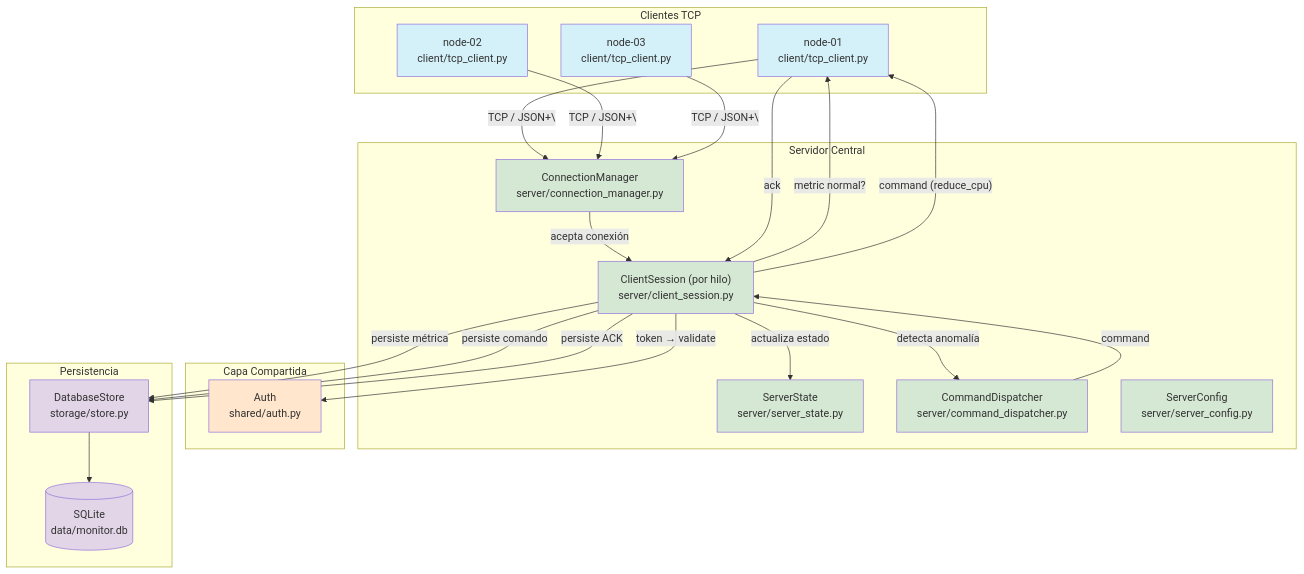
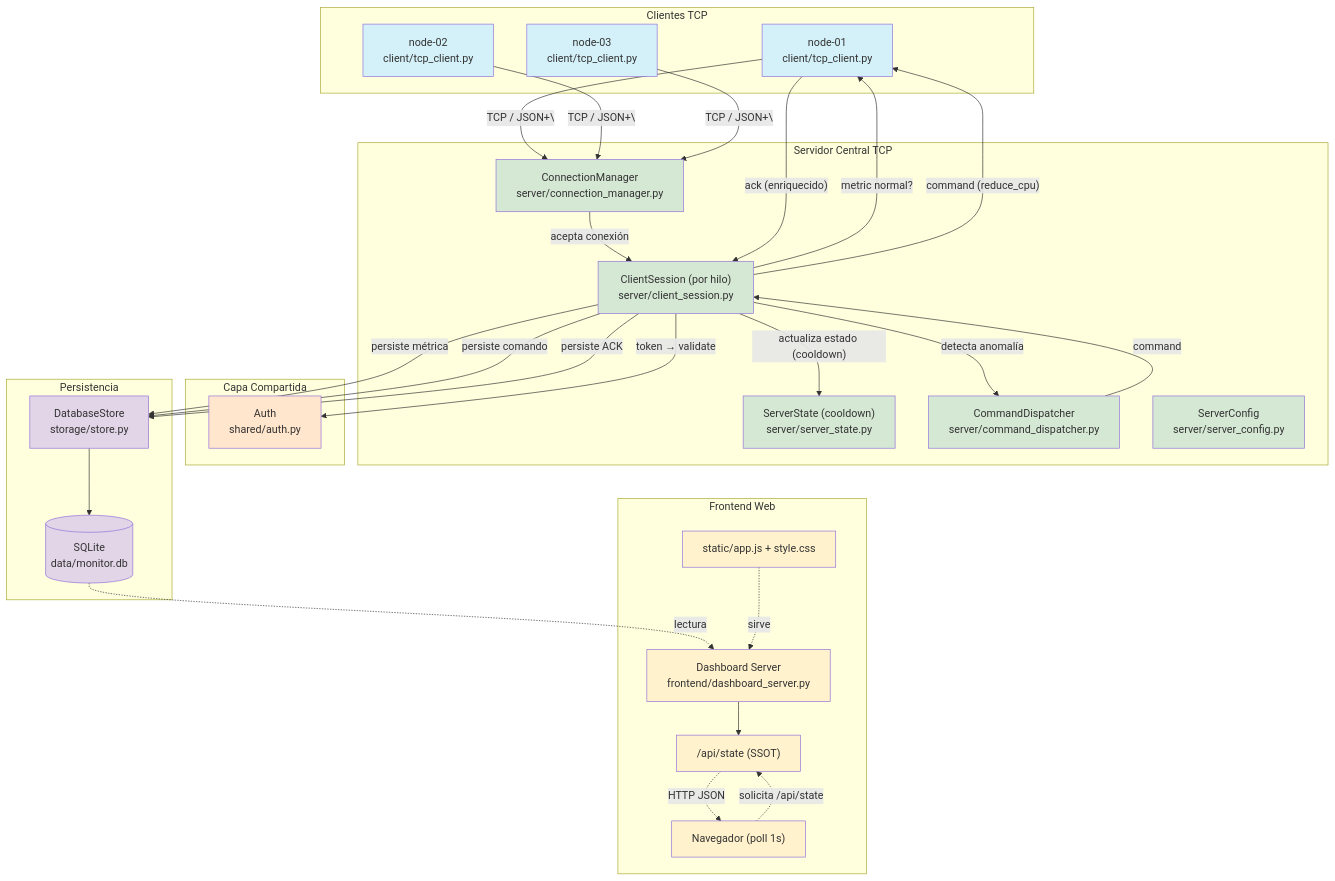
The first of 3 diagrams in docs/architecture.md (JorshSlimming/sistema-monitoreo-remoto-servidores-simulados), drawn with Mermaid before and after one commit. The commit also changed other lines of this file and 25 other files, not shown here.

Commit message:
mitigación, frontend y documentación: demo completa con Makefile, evidencia y dashboard en tiempo real

````diff
--- a/docs/architecture.md
+++ b/docs/architecture.md
@@ -3,54 +3,71 @@
 ```mermaid
 flowchart TB
     subgraph Clientes["Clientes TCP"]
         N1["node-01<br/>client/tcp_client.py"]
         N2["node-02<br/>client/tcp_client.py"]
         N3["node-03<br/>client/tcp_client.py"]
     end
 
-    subgraph Servidor["Servidor Central"]
+    subgraph ServidorTCP["Servidor Central TCP"]
         CM["ConnectionManager<br/>server/connection_manager.py"]
         CS["ClientSession (por hilo)<br/>server/client_session.py"]
-        SS["ServerState<br/>server/server_state.py"]
+        SS["ServerState (cooldown)<br/>server/server_state.py"]
         CD["CommandDispatcher<br/>server/command_dispatcher.py"]
         SC["ServerConfig<br/>server/server_config.py"]
     end
 
     subgraph Shared["Capa Compartida"]
         AUTH["Auth<br/>shared/auth.py"]
     end
 
     subgraph Persistencia["Persistencia"]
         DB["DatabaseStore<br/>storage/store.py"]
         SQLITE[("SQLite<br/>data/monitor.db")]
     end
 
+    subgraph Frontend["Frontend Web"]
+        DASH["Dashboard Server<br/>frontend/dashboard_server.py"]
+        API["/api/state (SSOT)"]
+        STATIC["static/app.js + style.css"]
+        BROWSER["Navegador (poll 1s)"]
+    end
+
     N1 -- "TCP / JSON+\\n" --> CM
     N2 -- "TCP / JSON+\\n" --> CM
     N3 -- "TCP / JSON+\\n" --> CM
 
     CM -- "acepta conexión" --> CS
     CS -- "token → validate" --> AUTH
-    CS -- "actualiza estado" --> SS
+    CS -- "actualiza estado (cooldown)" --> SS
     CS -- "detecta anomalía" --> CD
     CD -- "command" --> CS
     CS -- "persiste métrica" --> DB
     CS -- "persiste comando" --> DB
     CS -- "persiste ACK" --> DB
     DB --> SQLITE
     CS -- "metric normal?" --> N1
     CS -- "command (reduce_cpu)" --> N1
-    N1 -- "ack" --> CS
+    N1 -- "ack (enriquecido)" --> CS
+
+    SQLITE -. "lectura" .-> DASH
+    DASH --> API
+    API -. "HTTP JSON" .-> BROWSER
+    STATIC -. "sirve" .-> DASH
+    BROWSER -. "solicita /api/state" .-> API
 
     style N1 fill:#d4f1f9
     style N2 fill:#d4f1f9
     style N3 fill:#d4f1f9
     style CM fill:#d5e8d4
     style CS fill:#d5e8d4
     style SS fill:#d5e8d4
     style CD fill:#d5e8d4
     style SC fill:#d5e8d4
     style AUTH fill:#ffe6cc
     style DB fill:#e1d5e7
     style SQLITE fill:#e1d5e7
+    style DASH fill:#fff2cc
+    style API fill:#fff2cc
+    style STATIC fill:#fff2cc
+    style BROWSER fill:#fff2cc
 ```
````
